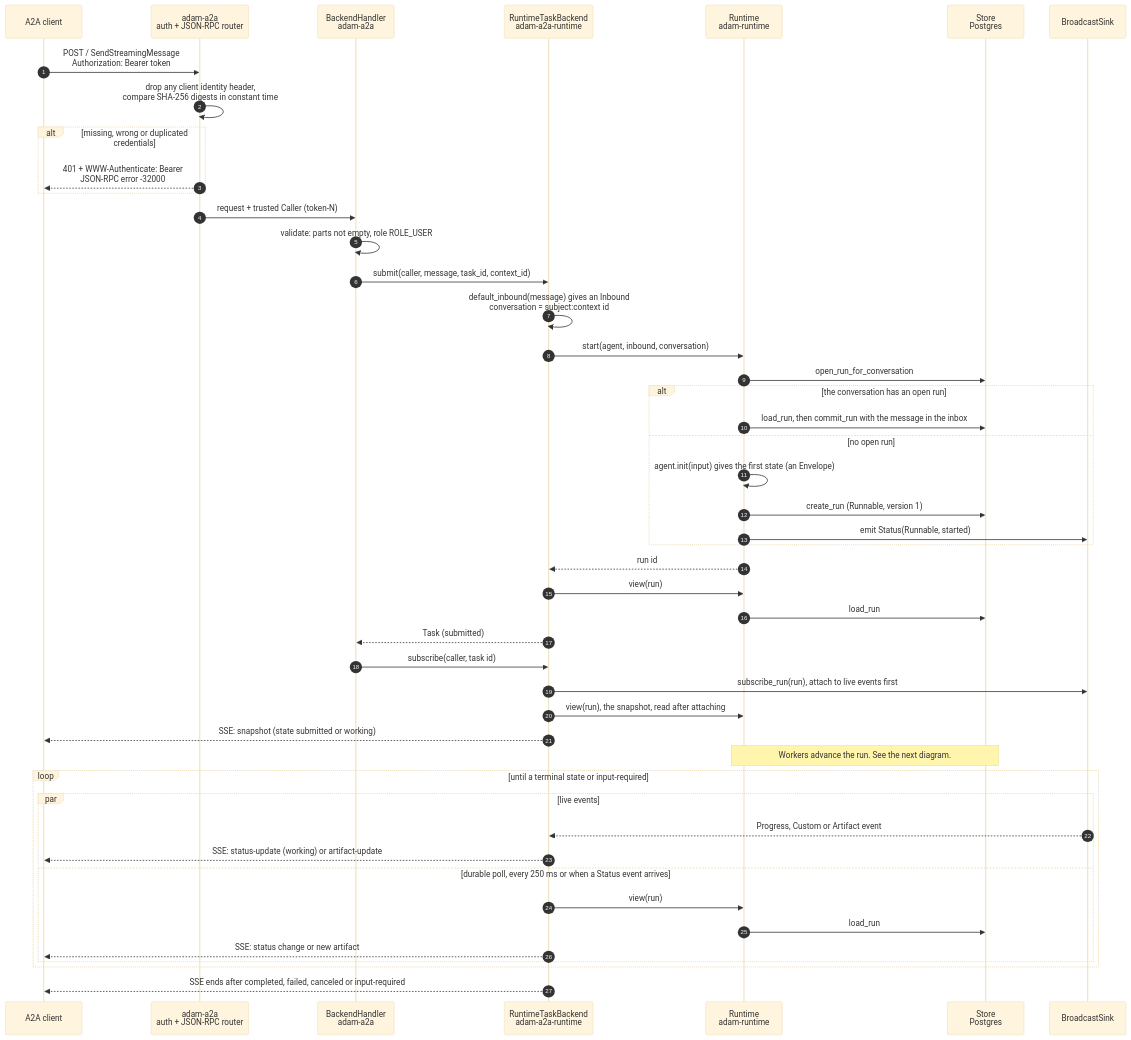
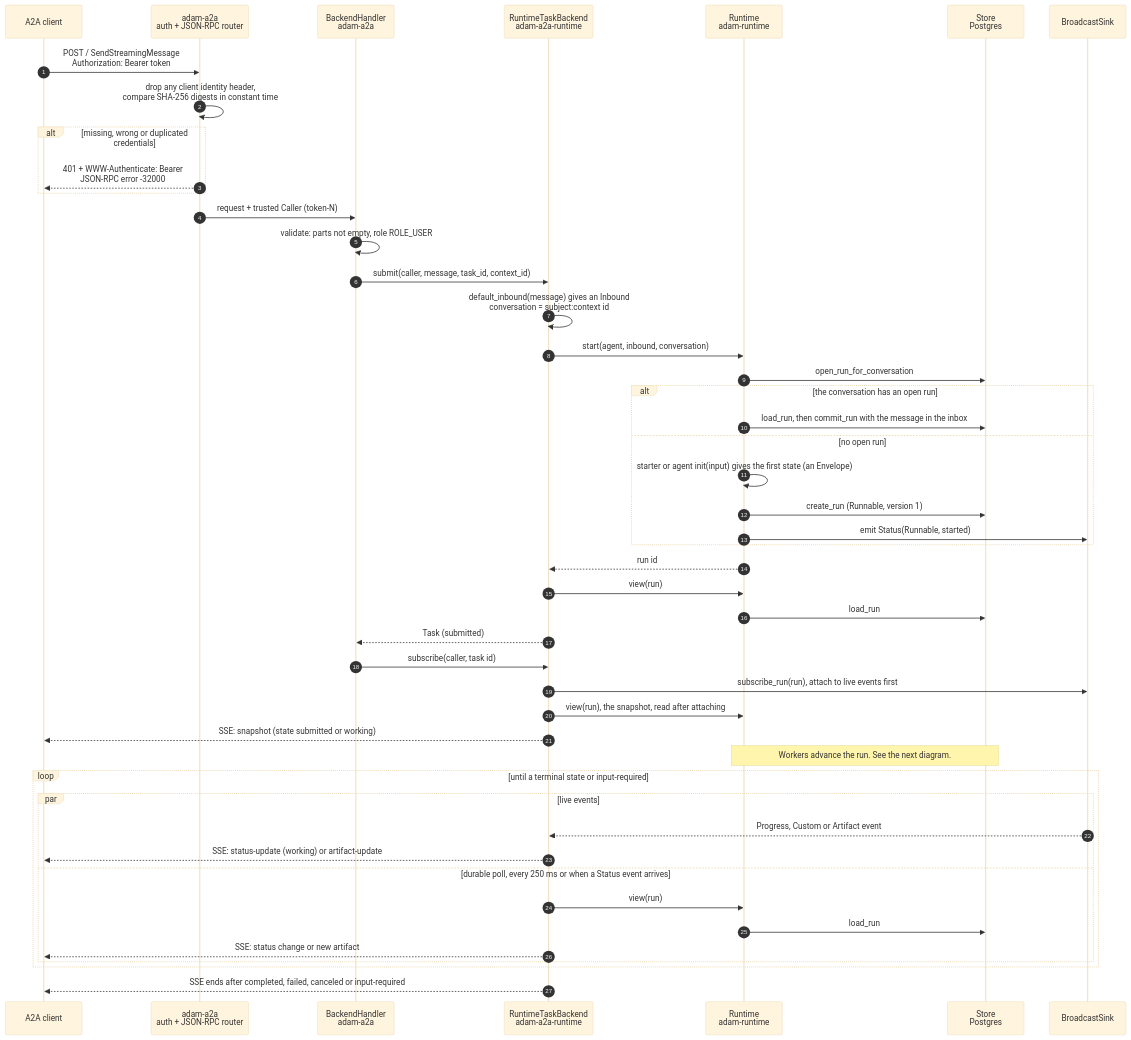
Before and after one commit to vymalo/another-adam-rs: the fourth of 14 diagrams in docs/architecture.md, drawn with Mermaid (base theme). The commit also changed other lines of this file and 18 other files, not shown here.

````diff
--- a/docs/architecture.md
+++ b/docs/architecture.md
@@ -443,50 +463,50 @@
 ```mermaid
 sequenceDiagram
     autonumber
     participant C as A2A client
     participant S as adam-a2a<br/>auth + JSON-RPC router
     participant H as BackendHandler<br/>adam-a2a
     participant B as RuntimeTaskBackend<br/>adam-a2a-runtime
     participant R as Runtime<br/>adam-runtime
     participant DB as Store<br/>Postgres
     participant K as BroadcastSink
 
     C->>S: POST / SendStreamingMessage<br/>Authorization: Bearer token
     S->>S: drop any client identity header,<br/>compare SHA-256 digests in constant time
     alt missing, wrong or duplicated credentials
         S-->>C: 401 + WWW-Authenticate: Bearer<br/>JSON-RPC error -32000
     end
     S->>H: request + trusted Caller (token-N)
     H->>H: validate: parts not empty, role ROLE_USER
     H->>B: submit(caller, message, task_id, context_id)
     B->>B: default_inbound(message) gives an Inbound<br/>conversation = subject:context id
     B->>R: start(agent, inbound, conversation)
     R->>DB: open_run_for_conversation
     alt the conversation has an open run
         R->>DB: load_run, then commit_run with the message in the inbox
     else no open run
-        R->>R: agent.init(input) gives the first state (an Envelope)
+        R->>R: starter or agent init(input) gives the first state (an Envelope)
         R->>DB: create_run (Runnable, version 1)
         R->>K: emit Status(Runnable, started)
     end
     R-->>B: run id
     B->>R: view(run)
     R->>DB: load_run
     B-->>H: Task (submitted)
     H->>B: subscribe(caller, task id)
     B->>K: subscribe_run(run), attach to live events first
     B->>R: view(run), the snapshot, read after attaching
     B-->>C: SSE: snapshot (state submitted or working)
     Note over R,DB: Workers advance the run. See the next diagram.
     loop until a terminal state or input-required
         par live events
             K-->>B: Progress, Custom or Artifact event
             B-->>C: SSE: status-update (working) or artifact-update
         and durable poll, every 250 ms or when a Status event arrives
             B->>R: view(run)
             R->>DB: load_run
             B-->>C: SSE: status change or new artifact
         end
     end
     B-->>C: SSE ends after completed, failed, canceled or input-required
 ```
````
